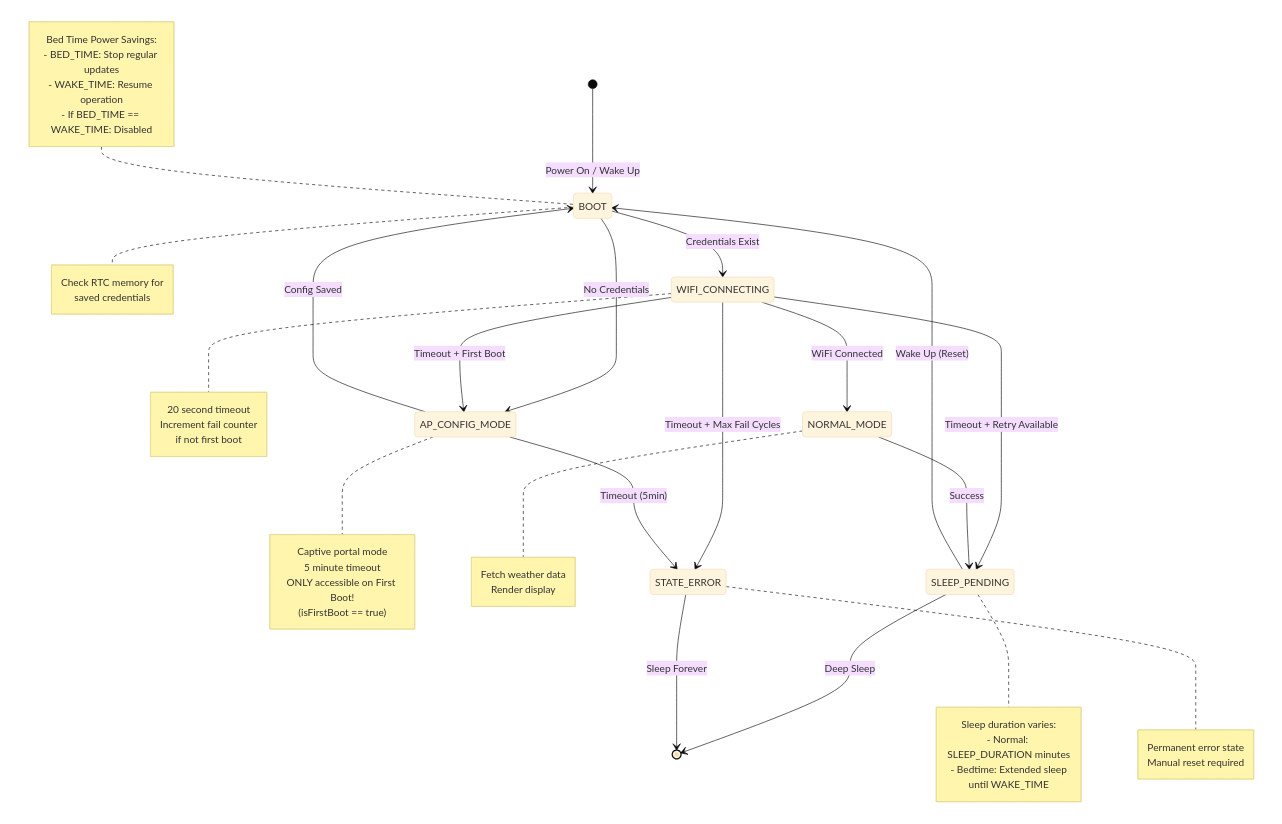
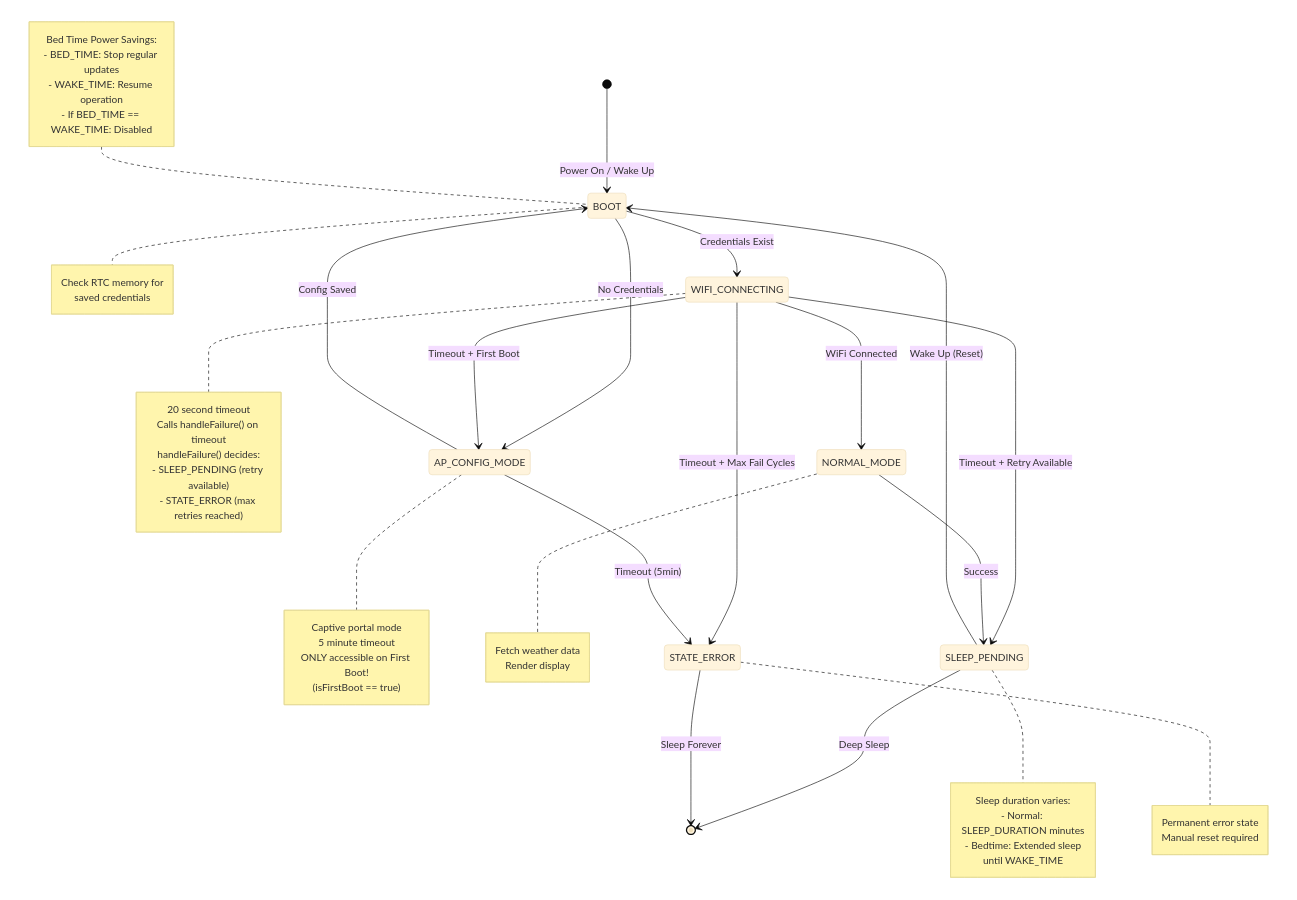
Before and after one commit to maurokenny/esp32-WeatherPortal-EPD: the first of 3 diagrams in docs/STATE_MACHINE.md, drawn with Mermaid (base theme). The commit also changed other lines of this file, not shown here.

First line of the commit message:
docs(state-machine): update STATE_MACHINE.md with accurate failure handling and mock mode

````diff
--- a/docs/STATE_MACHINE.md
+++ b/docs/STATE_MACHINE.md
@@ -28,64 +28,66 @@
 ```mermaid
 stateDiagram-v2
     [*] --> BOOT : Power On / Wake Up
     
     BOOT --> WIFI_CONNECTING : Credentials Exist
     BOOT --> AP_CONFIG_MODE : No Credentials
     
     WIFI_CONNECTING --> NORMAL_MODE : WiFi Connected
     WIFI_CONNECTING --> AP_CONFIG_MODE : Timeout + First Boot
     WIFI_CONNECTING --> SLEEP_PENDING : Timeout + Retry Available
     WIFI_CONNECTING --> STATE_ERROR : Timeout + Max Fail Cycles
     
     NORMAL_MODE --> SLEEP_PENDING : Success
     
     SLEEP_PENDING --> [*] : Deep Sleep
     SLEEP_PENDING --> BOOT : Wake Up (Reset)
     
     AP_CONFIG_MODE --> BOOT : Config Saved
     AP_CONFIG_MODE --> STATE_ERROR : Timeout (5min)
     
     STATE_ERROR --> [*] : Sleep Forever
     
     note right of BOOT
         Check RTC memory for
         saved credentials
     end note
     
     note right of WIFI_CONNECTING
         20 second timeout
-        Increment fail counter
-        if not first boot
+        Calls handleFailure() on timeout
+        handleFailure() decides:
+        - SLEEP_PENDING (retry available)
+        - STATE_ERROR (max retries reached)
     end note
     
     note right of AP_CONFIG_MODE
         Captive portal mode
         5 minute timeout
         ONLY accessible on First Boot!
         (isFirstBoot == true)
     end note
     
     note right of NORMAL_MODE
         Fetch weather data
         Render display
     end note
     
     note right of STATE_ERROR
         Permanent error state
         Manual reset required
     end note
     
     note right of SLEEP_PENDING
         Sleep duration varies:
         - Normal: SLEEP_DURATION minutes
         - Bedtime: Extended sleep
           until WAKE_TIME
     end note
     
     note left of BOOT
         Bed Time Power Savings:
         - BED_TIME: Stop regular updates
         - WAKE_TIME: Resume operation
         - If BED_TIME == WAKE_TIME: Disabled
     end note
 ```
````
